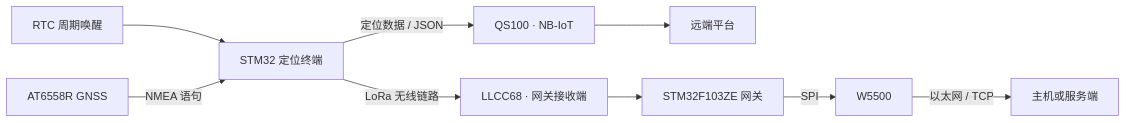
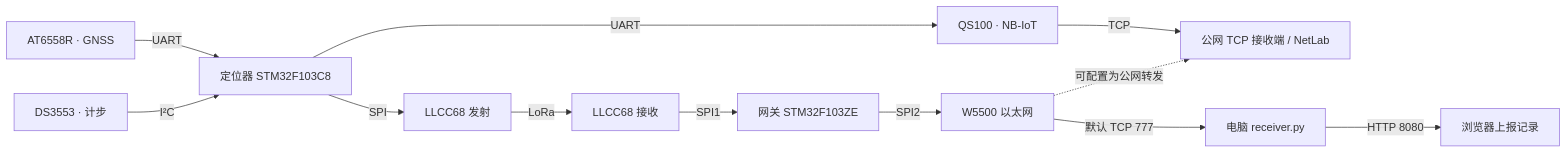
One commit to 2131692085-dot/lowpower-gnss-tracker changed the diagram in README.md. Above: the diagram before and after it, drawn with Mermaid. The commit also changed other lines of this file and 249 other files, not shown here.

Commit message:
Integrate tracker and gateway firmware with TCP receiver and architecture guide

````diff
--- a/README.md
+++ b/README.md
@@ -9,11 +7,14 @@
 ```mermaid
 flowchart LR
-    R["RTC 周期唤醒"] --> T["STM32 定位终端"]
-    G["AT6558R GNSS"] -->|NMEA 语句| T
-    T -->|定位数据 / JSON| N["QS100 · NB-IoT"]
-    N --> P["远端平台"]
-    T -->|LoRa 无线链路| L["LLCC68 · 网关接收端"]
-    L --> M["STM32F103ZE 网关"]
-    M -->|SPI| W["W5500"]
-    W -->|以太网 / TCP| H["主机或服务端"]
+    gps["AT6558R · GNSS"] -->|UART| t["定位器 STM32F103C8"]
+    step["DS3553 · 计步"] -->|I²C| t
+    t -->|UART| nb["QS100 · NB-IoT"]
+    nb -->|TCP| cloud["公网 TCP 接收端 / NetLab"]
+    t -->|SPI| tx["LLCC68 发射"]
+    tx -->|LoRa| rx["LLCC68 接收"]
+    rx -->|SPI1| gw["网关 STM32F103ZE"]
+    gw -->|SPI2| eth["W5500 以太网"]
+    eth -->|默认 TCP 777| pc["电脑 receiver.py"]
+    eth -. 可配置为公网转发 .-> cloud
+    pc -->|HTTP 8080| web["浏览器上报记录"]
 ```
````
